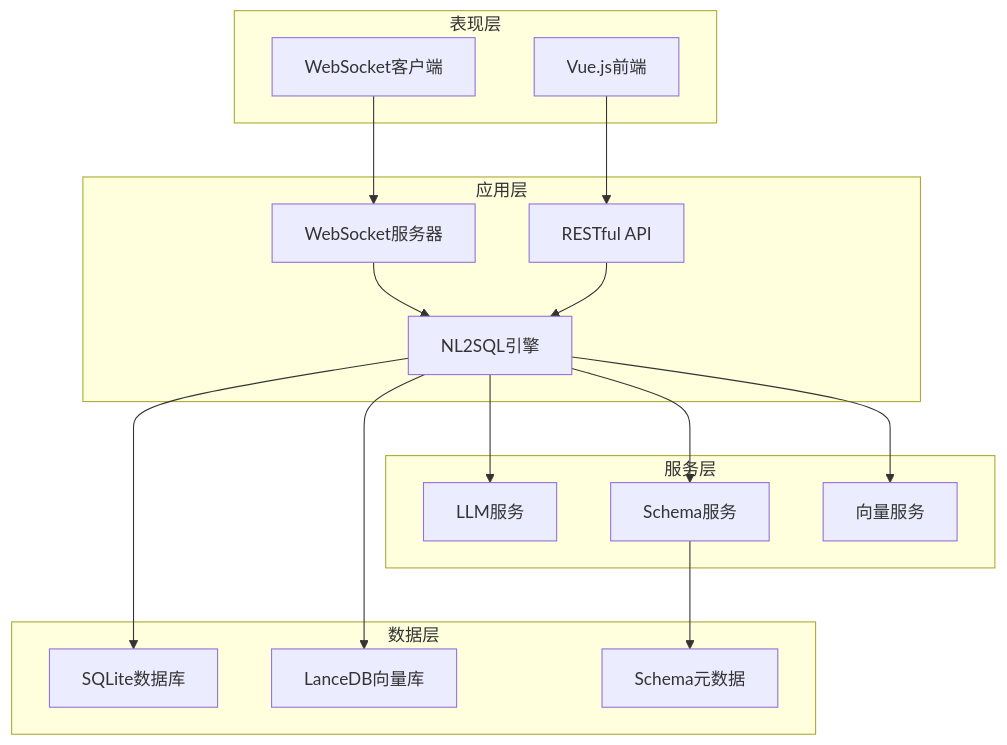
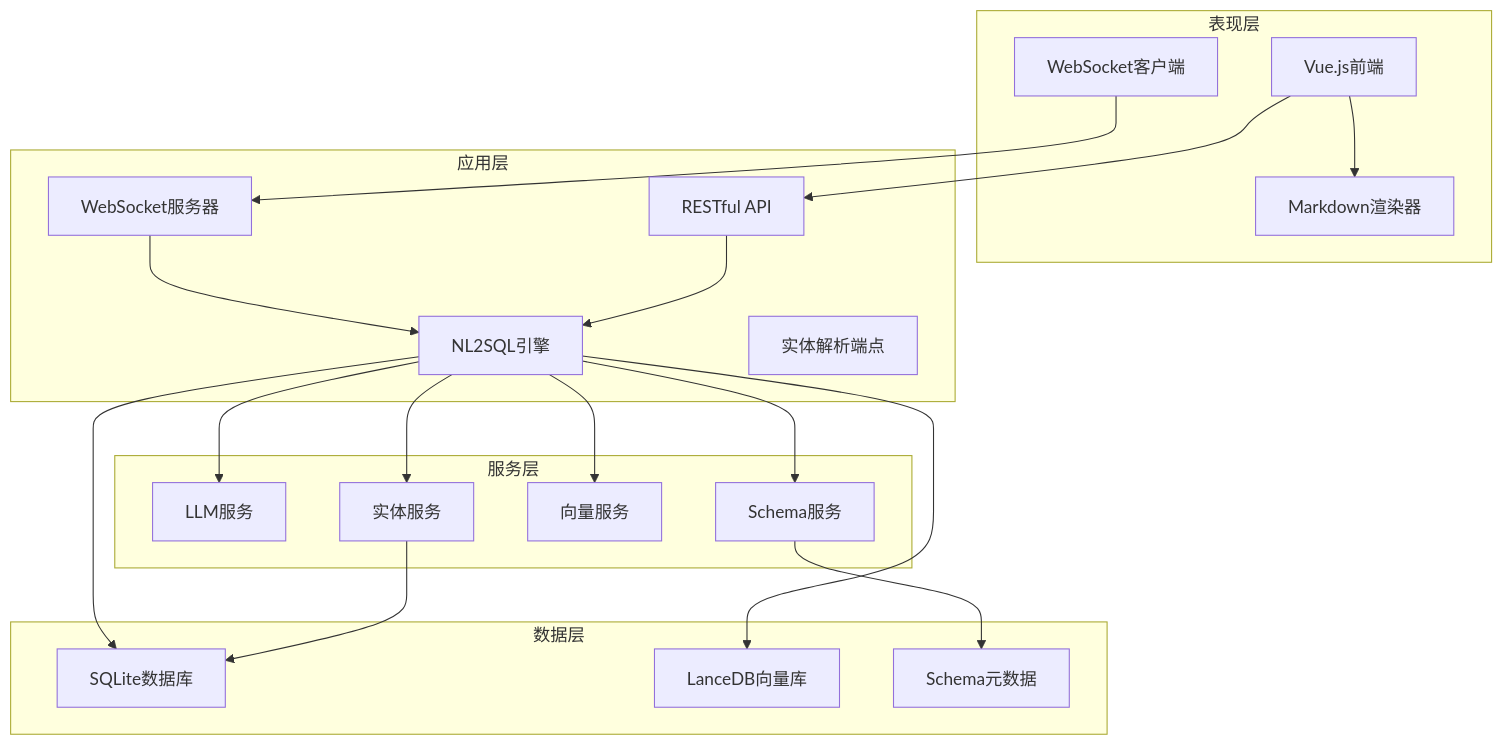
Before and after one commit to HanHuiOnLine/724-office: the second of 12 diagrams in .qoder/repowiki/zh/content/核心模块详解/NL2SQL自然语言到SQL系统.md, drawn with Mermaid. The commit also changed other lines of this file and 14 other files, not shown here.

````diff
--- a/.qoder/repowiki/zh/content/核心模块详解/NL2SQL自然语言到SQL系统.md
+++ b/.qoder/repowiki/zh/content/核心模块详解/NL2SQL自然语言到SQL系统.md
@@ -155,32 +182,38 @@
 ```mermaid
 graph TB
 subgraph "表现层"
 UI[Vue.js前端]
 WS[WebSocket客户端]
+MR[Markdown渲染器]
 end
 subgraph "应用层"
 API[RESTful API]
 WS_SERVER[WebSocket服务器]
 ENGINE[NL2SQL引擎]
+ENDPOINT[实体解析端点]
 end
 subgraph "服务层"
 LLM[LLM服务]
 SCHEMA[Schema服务]
 VECTOR[向量服务]
+ENTITIES[实体服务]
 end
 subgraph "数据层"
 SQLITE[SQLite数据库]
 LANCEDB[LanceDB向量库]
 METADATA[Schema元数据]
 end
 UI --> API
+UI --> MR
 WS --> WS_SERVER
 WS_SERVER --> ENGINE
 API --> ENGINE
 ENGINE --> LLM
 ENGINE --> SCHEMA
 ENGINE --> VECTOR
+ENGINE --> ENTITIES
 SCHEMA --> METADATA
 ENGINE --> SQLITE
 ENGINE --> LANCEDB
+ENTITIES --> SQLITE
 ```
````
